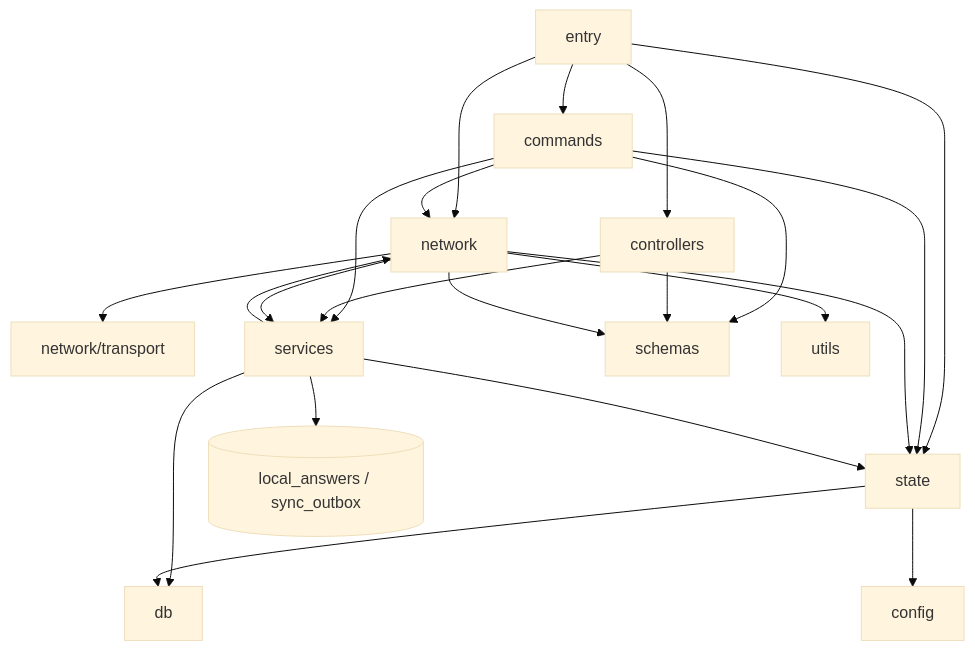
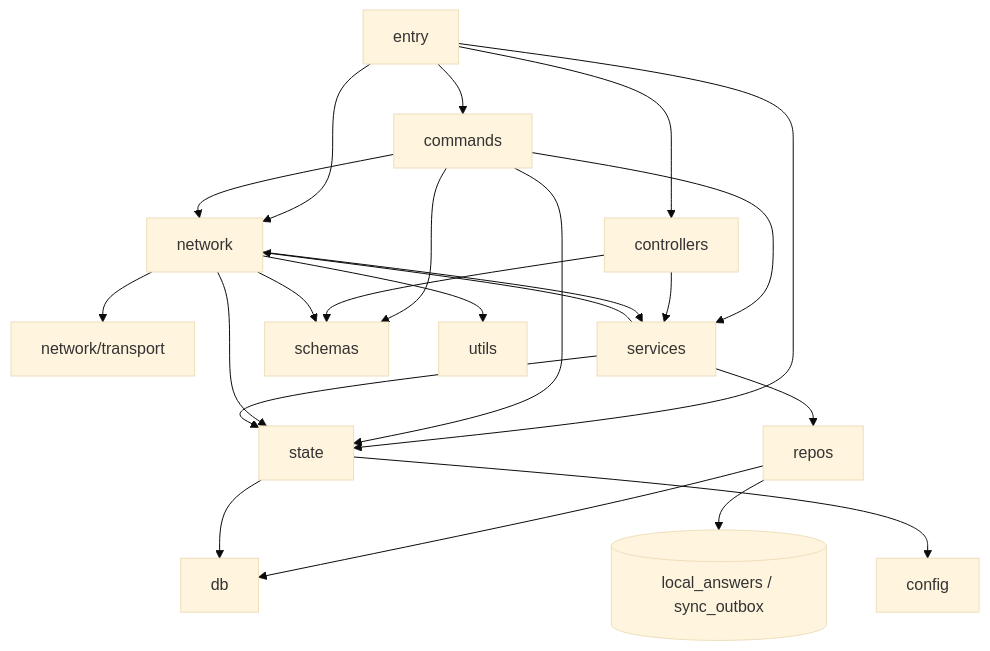
The fifth of 5 diagrams in doc/project_dependency_topology.md (XiaoSong-dada/xs-examination), drawn with Mermaid (base theme) before and after one commit. The commit also changed other lines of this file and 1 other file, not shown here.

````diff
--- a/doc/project_dependency_topology.md
+++ b/doc/project_dependency_topology.md
@@ -516,37 +517,39 @@
 ```mermaid
 graph TD
     SEntry[entry]
     SCmd[commands]
     SCtrl[controllers]
     SNet[network]
     STransport[network/transport]
     SSvc[services]
+    SRepo[repos]
     SSchema[schemas]
     SState[state]
     SDb[db]
     SAnswer[(local_answers / sync_outbox)]
     SConfig[config]
     SUtils[utils]
 
     SEntry --> SCmd
     SEntry --> SCtrl
     SEntry --> SState
     SEntry --> SNet
     SCmd --> SState
     SCmd --> SNet
     SCmd --> SSvc
     SCmd --> SSchema
     SCtrl --> SSvc
     SCtrl --> SSchema
     SNet --> STransport
     SNet --> SSchema
     SNet --> SSvc
     SNet --> SUtils
     SNet --> SState
-    SSvc --> SDb
-    SSvc --> SAnswer
+    SSvc --> SRepo
     SSvc --> SState
     SSvc --> SNet
+    SRepo --> SDb
+    SRepo --> SAnswer
     SState --> SDb
     SState --> SConfig
 ```
````
